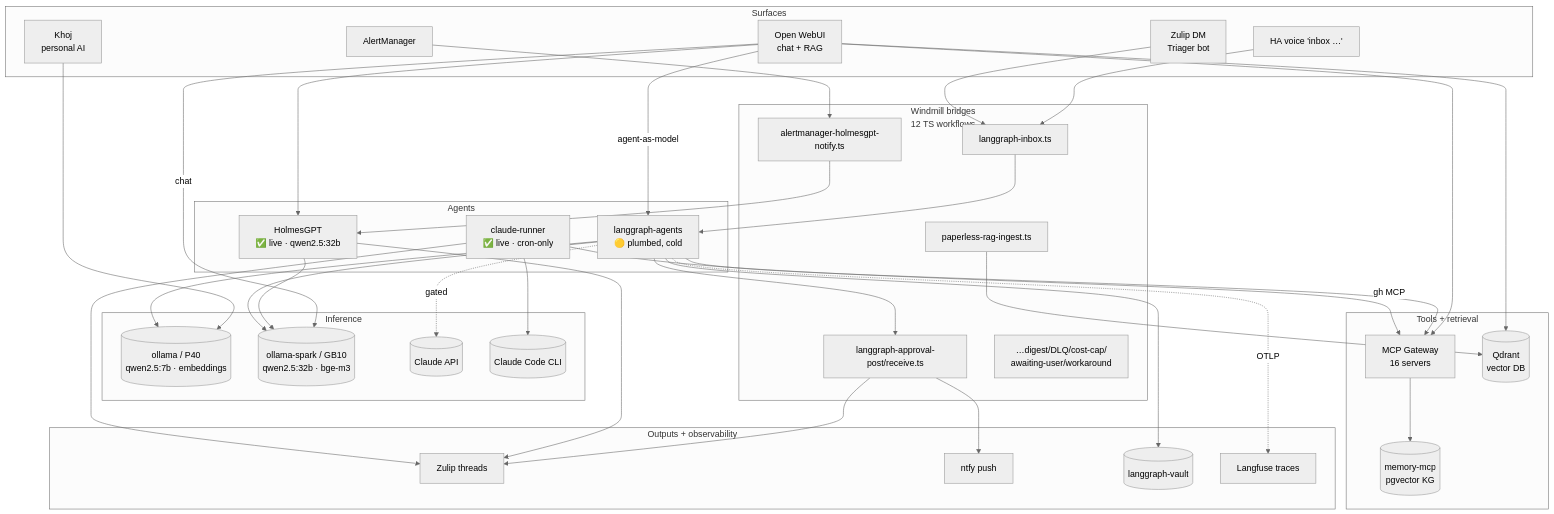
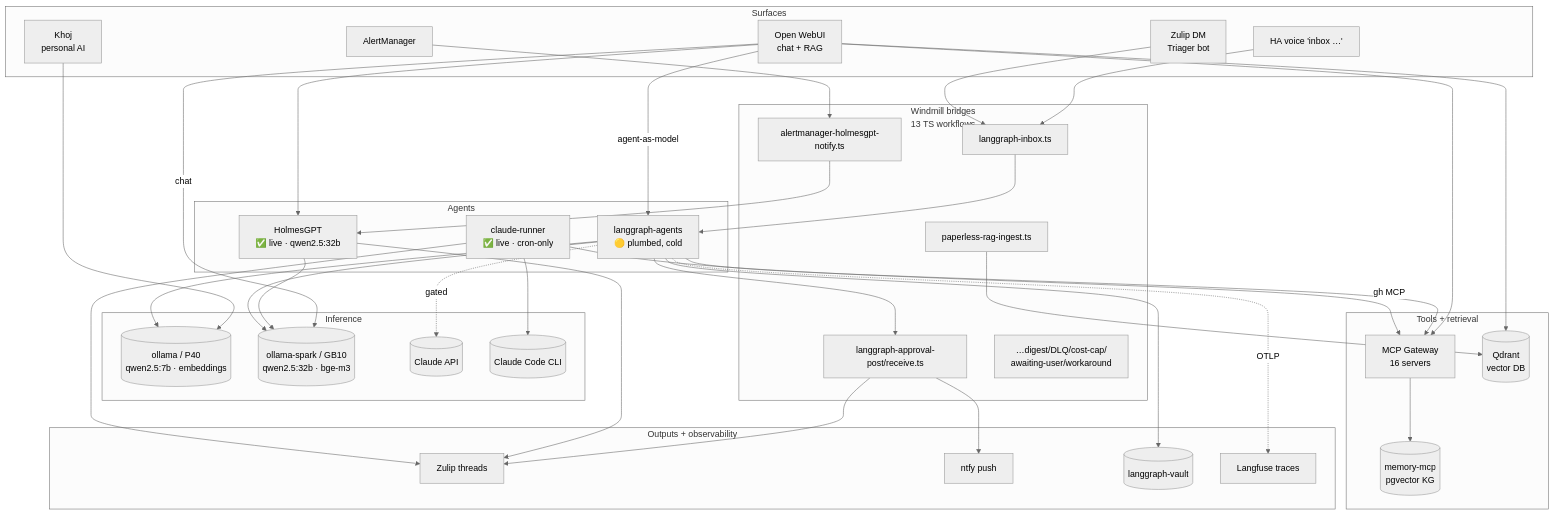
One commit to rwlove/home-ops changed the second of 3 diagrams in README.md. Above: the diagram before and after it, drawn with Mermaid (neutral theme). The commit also changed other lines of this file and 2 other files, not shown here.

````diff
--- a/README.md
+++ b/README.md
@@ -317,67 +317,67 @@
 ```mermaid
 flowchart TB
     subgraph Surfaces[Surfaces]
         OWUI[Open WebUI<br/>chat + RAG]
         Khoj[Khoj<br/>personal AI]
         Voice[HA voice 'inbox …']
         ZulipDM[Zulip DM<br/>Triager bot]
         AM[AlertManager]
     end
 
-    subgraph Bridges[Windmill bridges<br/>12 TS workflows]
+    subgraph Bridges[Windmill bridges<br/>13 TS workflows]
         WInbox[langgraph-inbox.ts]
         WAlert[alertmanager-holmesgpt-notify.ts]
         WApprove[langgraph-approval-post/receive.ts]
         WPaperless[paperless-rag-ingest.ts]
         WOther[…digest/DLQ/cost-cap/<br/>awaiting-user/workaround]
     end
 
     subgraph Agents[Agents]
         Holmes[HolmesGPT<br/>✅ live · qwen2.5:32b]
         LG[langgraph-agents<br/>🟡 plumbed, cold]
         CR[claude-runner<br/>✅ live · cron-only]
     end
 
     subgraph Inference[Inference]
         OllamaP40[(ollama / P40<br/>qwen2.5:7b · embeddings)]
         OllamaSpark[(ollama-spark / GB10<br/>qwen2.5:32b · bge-m3)]
         Claude[(Claude API)]
         CC[(Claude Code CLI)]
     end
 
     subgraph Tools[Tools + retrieval]
         Gw[MCP Gateway<br/>16 servers]
         Q[(Qdrant<br/>vector DB)]
         Mem[(memory-mcp<br/>pgvector KG)]
     end
 
     subgraph Outputs[Outputs + observability]
         Zulip[Zulip threads]
         Ntfy[ntfy push]
         Vault[(langgraph-vault)]
         LF[Langfuse traces]
     end
 
     Voice --> WInbox --> LG
     ZulipDM --> WInbox
     OWUI -->|chat| OllamaSpark
     OWUI -->|agent-as-model| LG
     OWUI --> Gw
     OWUI --> Holmes
     OWUI --> Q
     Khoj --> OllamaP40
     AM --> WAlert --> Holmes
     Holmes --> OllamaSpark
     LG --> OllamaSpark
     LG --> OllamaP40
     LG -.->|gated| Claude
     LG --> Gw --> Mem
     LG -.->|OTLP| LF
     WPaperless --> Q
     CR --> CC
     CR -->|gh MCP| Gw
     LG --> WApprove --> Zulip & Ntfy
     LG --> Vault
     Holmes --> Zulip
     CR --> Zulip
 ```
````
